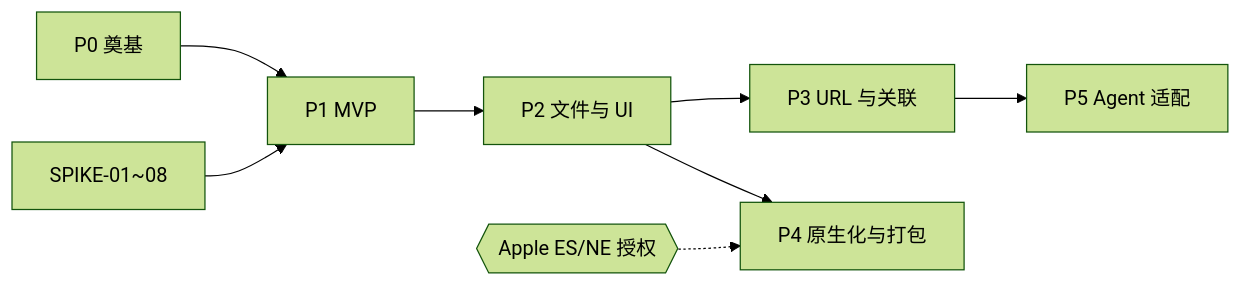
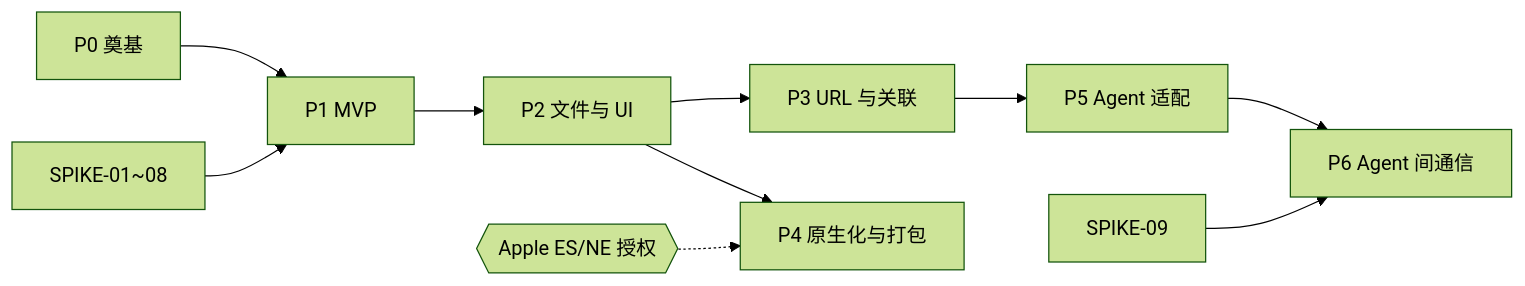
One commit to nicechencs/AgentWatch changed the second of 2 diagrams in docs/04-plan/roadmap.md. Above: the diagram before and after it, drawn with Mermaid (forest theme). The commit also changed other lines of this file and 30 other files, not shown here.

````diff
--- a/docs/04-plan/roadmap.md
+++ b/docs/04-plan/roadmap.md
@@ -127,10 +141,12 @@
 ```mermaid
 flowchart LR
     P0[P0 奠基] --> P1[P1 MVP]
     P1 --> P2[P2 文件与 UI]
     P2 --> P3[P3 URL 与关联]
     P2 --> P4[P4 原生化与打包]
     P3 --> P5[P5 Agent 适配]
+    P5 --> P6[P6 Agent 间通信]
     APPLE{{Apple ES/NE 授权}} -.-> P4
     SPK[SPIKE-01~08] --> P1
+    SPK9[SPIKE-09] --> P6
 ```
````
